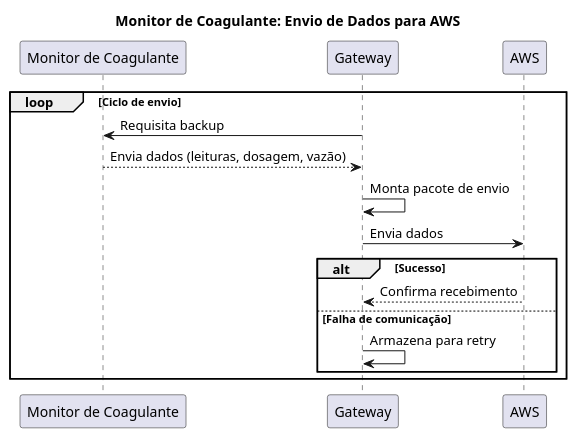
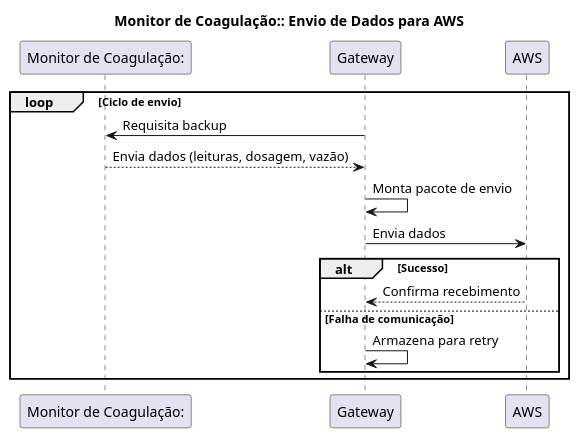
The diagram in Documentação Monitor/AWS.puml (Monique-HidroSolo/plantuml), drawn with PlantUML before and after one commit. The commit also changed 13 other files, not shown here.

```diff
--- a/Documentação Monitor/AWS.puml
+++ b/Documentação Monitor/AWS.puml
@@ -1,22 +1,22 @@
 @startuml
-title Monitor de Coagulante: Envio de Dados para AWS
+title Monitor de Coagulação:: Envio de Dados para AWS
 
-participant "Monitor de Coagulante" as MC
+participant "Monitor de Coagulação:" as MC
 participant Gateway as GW
 participant AWS as AWS
 
 loop Ciclo de envio
     GW -> MC: Requisita backup
     MC --> GW: Envia dados (leituras, dosagem, vazão)
 
     GW -> GW: Monta pacote de envio
 
     GW -> AWS: Envia dados
     alt Sucesso
         AWS --> GW: Confirma recebimento
     else Falha de comunicação
         GW -> GW: Armazena para retry
     end
 end
 
 @enduml
```
